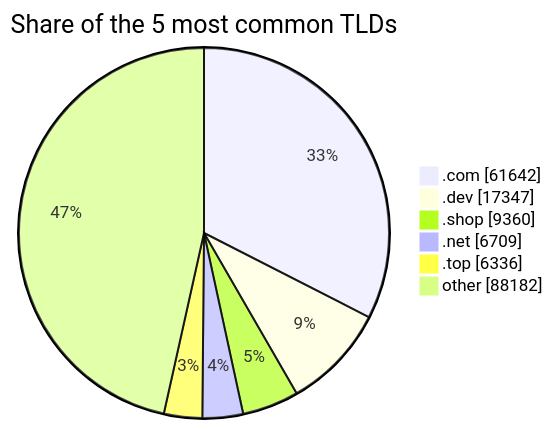
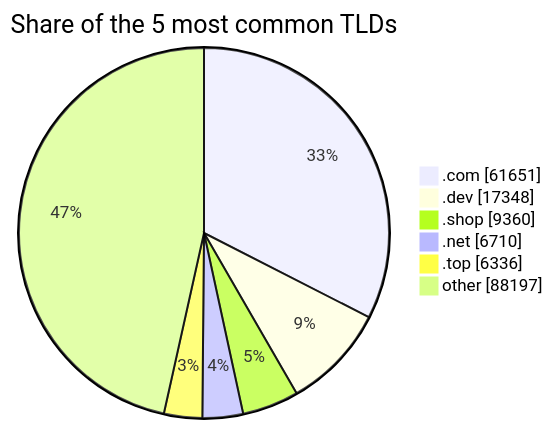
One commit to DNSBunker/CTI changed the third of 3 diagrams in README.md. Above: the diagram before and after it, drawn with Mermaid. The commit also changed other lines of this file and 3 other files, not shown here.

````diff
--- a/README.md
+++ b/README.md
@@ -81,9 +81,9 @@
 ```mermaid
 pie showData title Share of the 5 most common TLDs
-    ".com" : 61642
-    ".dev" : 17347
+    ".com" : 61651
+    ".dev" : 17348
     ".shop" : 9360
-    ".net" : 6709
+    ".net" : 6710
     ".top" : 6336
-    "other" : 88182
+    "other" : 88197
 ```
````
